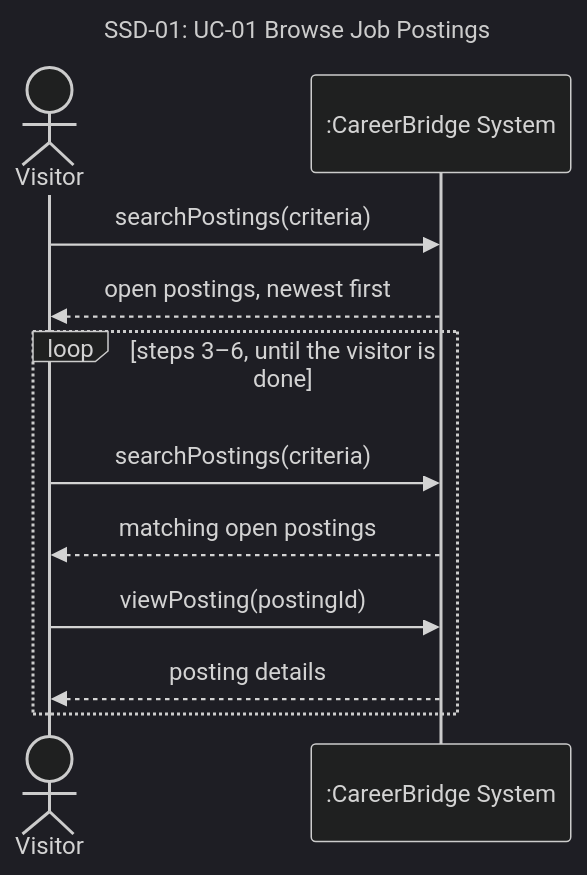
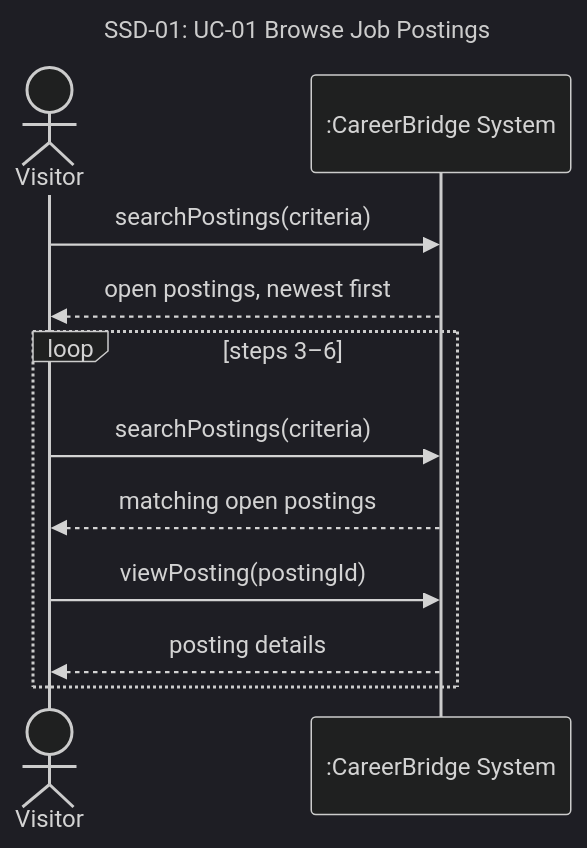
Before and after one commit to berdyshevol/careerbridge-csi5324: the diagram in deliverables/deliverable-2/chains/uc-01-browse-job-postings.md, drawn with Mermaid (dark theme). The commit also changed other lines of this file and 2 other files, not shown here.

````diff
--- a/deliverables/deliverable-2/chains/uc-01-browse-job-postings.md
+++ b/deliverables/deliverable-2/chains/uc-01-browse-job-postings.md
@@ -87,16 +67,16 @@
 ```mermaid
 sequenceDiagram
     title SSD-01: UC-01 Browse Job Postings
     actor Visitor
     participant System as :CareerBridge System
 
     Visitor->>System: searchPostings(criteria)
     System-->>Visitor: open postings, newest first
 
-    loop steps 3–6, until the visitor is done
+    loop steps 3–6
         Visitor->>System: searchPostings(criteria)
         System-->>Visitor: matching open postings
         Visitor->>System: viewPosting(postingId)
         System-->>Visitor: posting details
     end
 ```
````
